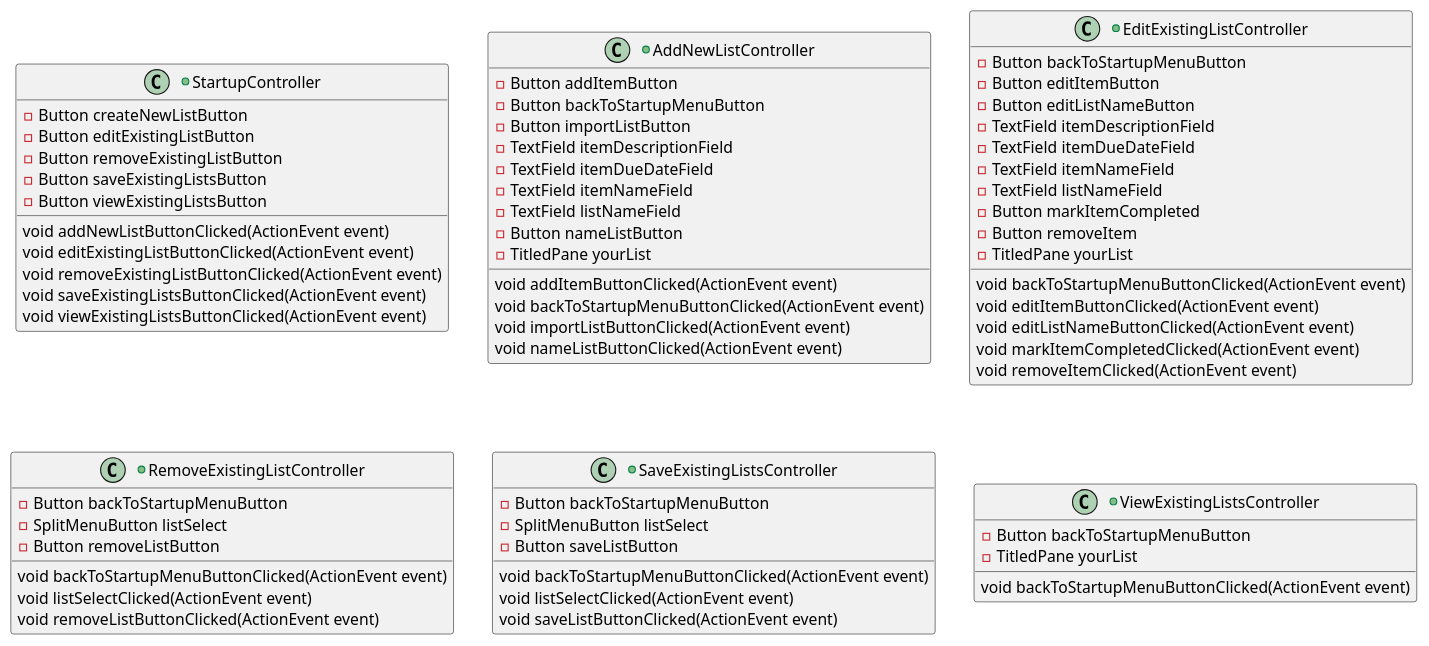
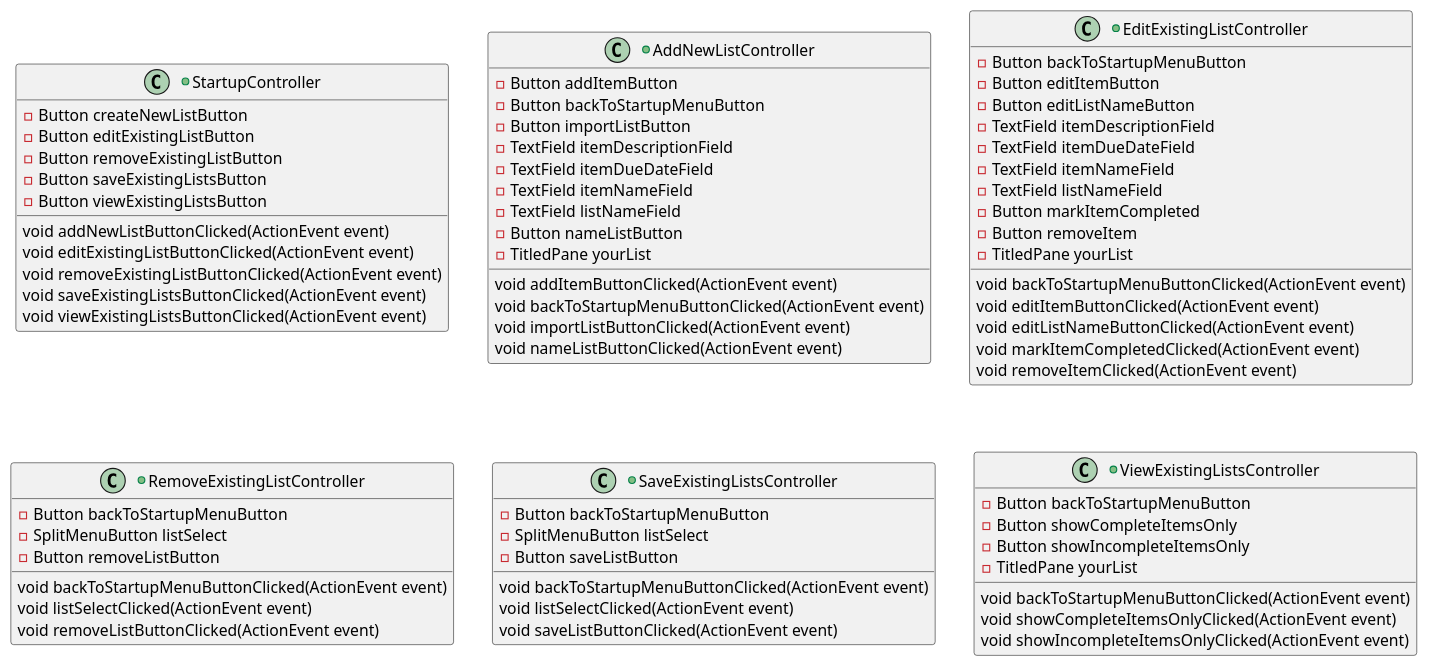
Before and after one commit to RachelCameron/cameron-cop3330-assignment4: the diagram in uml/ClassDiagram.puml, drawn with PlantUML.

Commit message:
PlantUML Diagram

```diff
--- a/uml/ClassDiagram.puml
+++ b/uml/ClassDiagram.puml
@@ -1,74 +1,78 @@
 @startuml
 
 +class StartupController{
 -Button createNewListButton
 -Button editExistingListButton
 -Button removeExistingListButton
 -Button saveExistingListsButton
 -Button viewExistingListsButton
 void addNewListButtonClicked(ActionEvent event)
 void editExistingListButtonClicked(ActionEvent event)
 void removeExistingListButtonClicked(ActionEvent event)
 void saveExistingListsButtonClicked(ActionEvent event)
 void viewExistingListsButtonClicked(ActionEvent event)
 }
 
 +class AddNewListController{
 -Button addItemButton
 -Button backToStartupMenuButton
 -Button importListButton
 -TextField itemDescriptionField
 -TextField itemDueDateField
 -TextField itemNameField
 -TextField listNameField
 -Button nameListButton
 -TitledPane yourList
 void addItemButtonClicked(ActionEvent event)
 void backToStartupMenuButtonClicked(ActionEvent event)
 void importListButtonClicked(ActionEvent event)
 void nameListButtonClicked(ActionEvent event)
 }
 
 +class EditExistingListController{
 -Button backToStartupMenuButton
 -Button editItemButton
 -Button editListNameButton
 -TextField itemDescriptionField
 -TextField itemDueDateField
 -TextField itemNameField
 -TextField listNameField
 -Button markItemCompleted
 -Button removeItem
 -TitledPane yourList
 void backToStartupMenuButtonClicked(ActionEvent event)
 void editItemButtonClicked(ActionEvent event)
 void editListNameButtonClicked(ActionEvent event)
 void markItemCompletedClicked(ActionEvent event)
 void removeItemClicked(ActionEvent event)
 }
 
 +class RemoveExistingListController{
 -Button backToStartupMenuButton
 -SplitMenuButton listSelect
 -Button removeListButton
 void backToStartupMenuButtonClicked(ActionEvent event)
 void listSelectClicked(ActionEvent event)
 void removeListButtonClicked(ActionEvent event)
 }
 
 +class SaveExistingListsController{
 -Button backToStartupMenuButton
 -SplitMenuButton listSelect
 -Button saveListButton
 void backToStartupMenuButtonClicked(ActionEvent event)
 void listSelectClicked(ActionEvent event)
 void saveListButtonClicked(ActionEvent event)
 }
 
 +class ViewExistingListsController{
 -Button backToStartupMenuButton
+-Button showCompleteItemsOnly
+-Button showIncompleteItemsOnly
 -TitledPane yourList
 void backToStartupMenuButtonClicked(ActionEvent event)
+void showCompleteItemsOnlyClicked(ActionEvent event)
+void showIncompleteItemsOnlyClicked(ActionEvent event)
 }
 
 @enduml
```
